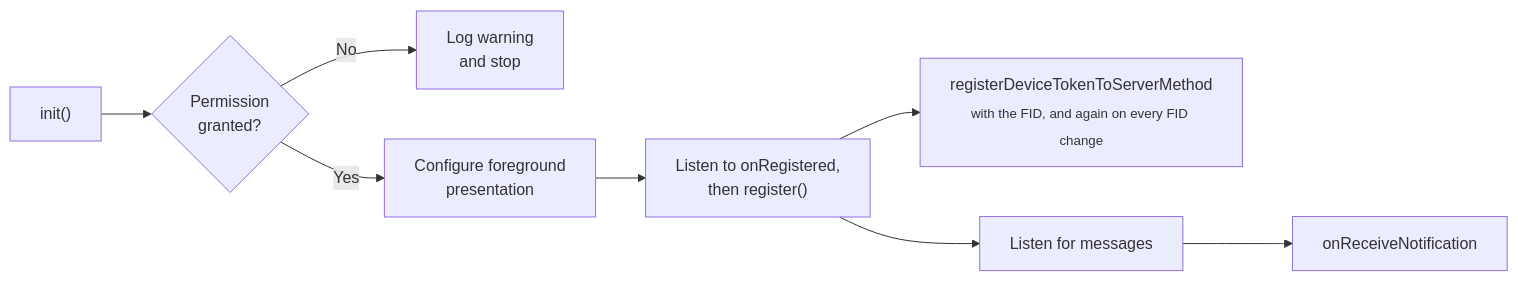
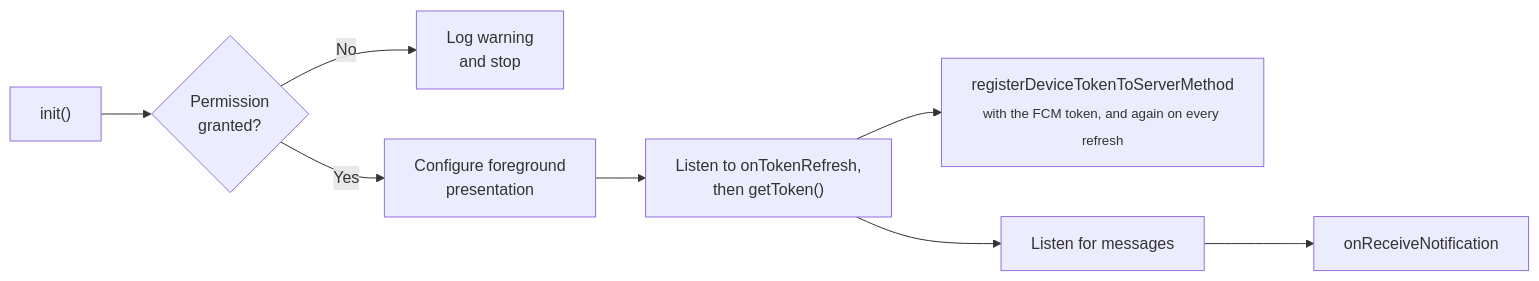
Before and after one commit to ahmedabdelrahmanalghwalbi/omni_core: the third of 5 diagrams in README.md, drawn with Mermaid. The commit also changed other lines of this file and 3 other files, not shown here.

Commit message:
fix(push): revert to FCM token registration (getToken/onTokenRefresh/deleteToken) and release v2.0.2

````diff
--- a/README.md
+++ b/README.md
@@ -506,10 +505,10 @@
 ```mermaid
 flowchart LR
     A["init()"] --> B{"Permission<br/>granted?"}
     B -- No --> X["Log warning<br/>and stop"]
     B -- Yes --> C["Configure foreground<br/>presentation"]
-    C --> D["Listen to onRegistered,<br/>then register()"]
-    D --> E["registerDeviceTokenToServerMethod<br/><sub>with the FID, and again on every FID change</sub>"]
+    C --> D["Listen to onTokenRefresh,<br/>then getToken()"]
+    D --> E["registerDeviceTokenToServerMethod<br/><sub>with the FCM token, and again on every refresh</sub>"]
     D --> F["Listen for messages"]
     F --> G["onReceiveNotification"]
 ```
````
